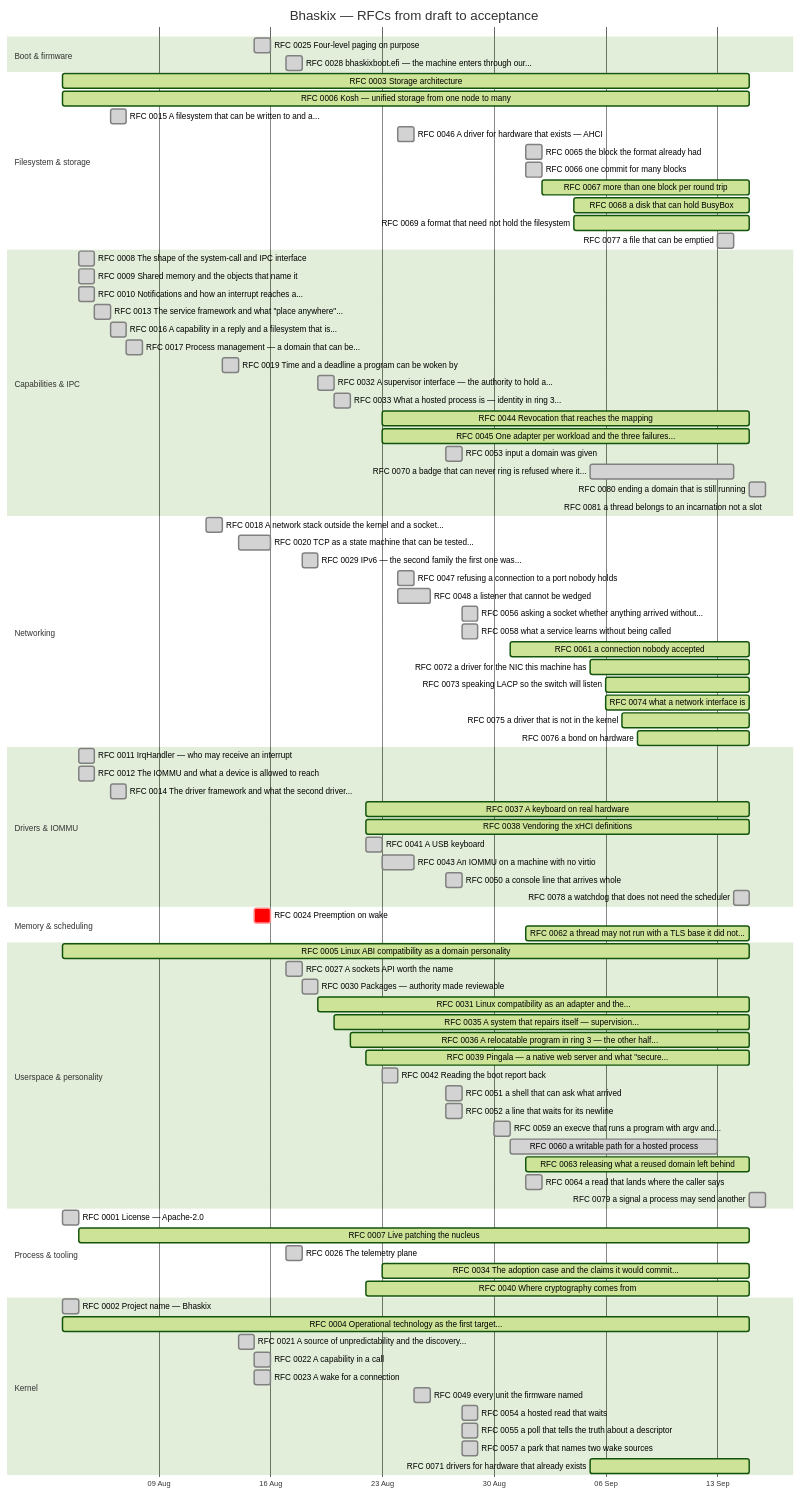
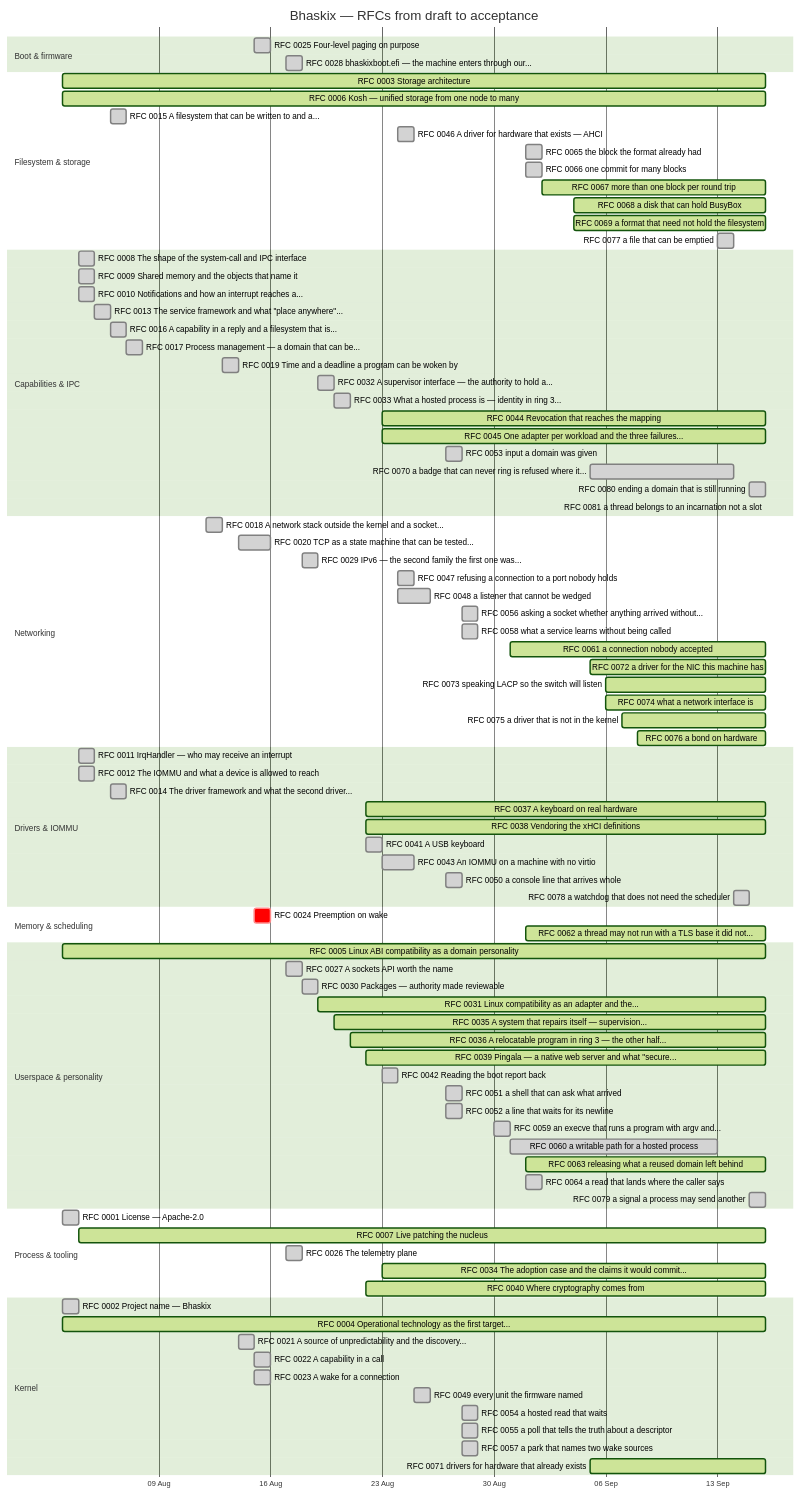
The diagram in docs/progress.md (bhaskix/bhaskix), drawn with Mermaid (forest theme) before and after one commit. The commit also changed other lines of this file and 1 other file, not shown here.

````diff
--- a/docs/progress.md
+++ b/docs/progress.md
@@ -31,15 +31,15 @@
     RFC 0025 Four-level paging on purpose :done, r0025, 2026-08-15, 2026-08-16
     RFC 0028 bhaskixboot.efi — the machine enters through our... :done, r0028, 2026-08-17, 2026-08-18
     section Filesystem & storage
-    RFC 0003 Storage architecture :active, r0003, 2026-08-03, 2026-09-15
-    RFC 0006 Kosh — unified storage from one node to many :active, r0006, 2026-08-03, 2026-09-15
+    RFC 0003 Storage architecture :active, r0003, 2026-08-03, 2026-09-16
+    RFC 0006 Kosh — unified storage from one node to many :active, r0006, 2026-08-03, 2026-09-16
     RFC 0015 A filesystem that can be written to and a... :done, r0015, 2026-08-06, 1d
     RFC 0046 A driver for hardware that exists — AHCI :done, r0046, 2026-08-24, 1d
     RFC 0065 the block the format already had :done, r0065, 2026-09-01, 1d
     RFC 0066 one commit for many blocks :done, r0066, 2026-09-01, 1d
-    RFC 0067 more than one block per round trip :active, r0067, 2026-09-02, 2026-09-15
-    RFC 0068 a disk that can hold BusyBox :active, r0068, 2026-09-04, 2026-09-15
-    RFC 0069 a format that need not hold the filesystem :active, r0069, 2026-09-04, 2026-09-15
+    RFC 0067 more than one block per round trip :active, r0067, 2026-09-02, 2026-09-16
+    RFC 0068 a disk that can hold BusyBox :active, r0068, 2026-09-04, 2026-09-16
+    RFC 0069 a format that need not hold the filesystem :active, r0069, 2026-09-04, 2026-09-16
     RFC 0077 a file that can be emptied :done, r0077, 2026-09-13, 1d
     section Capabilities & IPC
     RFC 0008 The shape of the system-call and IPC interface :done, r0008, 2026-08-04, 1d
@@ -51,8 +51,8 @@
     RFC 0019 Time and a deadline a program can be woken by :done, r0019, 2026-08-13, 2026-08-14
     RFC 0032 A supervisor interface — the authority to hold a... :done, r0032, 2026-08-19, 2026-08-20
     RFC 0033 What a hosted process is — identity in ring 3... :done, r0033, 2026-08-20, 1d
-    RFC 0044 Revocation that reaches the mapping :active, r0044, 2026-08-23, 2026-09-15
-    RFC 0045 One adapter per workload and the three failures... :active, r0045, 2026-08-23, 2026-09-15
+    RFC 0044 Revocation that reaches the mapping :active, r0044, 2026-08-23, 2026-09-16
+    RFC 0045 One adapter per workload and the three failures... :active, r0045, 2026-08-23, 2026-09-16
     RFC 0053 input a domain was given :done, r0053, 2026-08-27, 1d
     RFC 0070 a badge that can never ring is refused where it... :done, r0070, 2026-09-05, 2026-09-14
     RFC 0080 ending a domain that is still running :done, r0080, 2026-09-15, 1d
@@ -65,50 +65,50 @@
     RFC 0048 a listener that cannot be wedged :done, r0048, 2026-08-24, 2026-08-26
     RFC 0056 asking a socket whether anything arrived without... :done, r0056, 2026-08-28, 1d
     RFC 0058 what a service learns without being called :done, r0058, 2026-08-28, 1d
-    RFC 0061 a connection nobody accepted :active, r0061, 2026-08-31, 2026-09-15
-    RFC 0072 a driver for the NIC this machine has :active, r0072, 2026-09-05, 2026-09-15
-    RFC 0073 speaking LACP so the switch will listen :active, r0073, 2026-09-06, 2026-09-15
-    RFC 0074 what a network interface is :active, r0074, 2026-09-06, 2026-09-15
-    RFC 0075 a driver that is not in the kernel :active, r0075, 2026-09-07, 2026-09-15
-    RFC 0076 a bond on hardware :active, r0076, 2026-09-08, 2026-09-15
+    RFC 0061 a connection nobody accepted :active, r0061, 2026-08-31, 2026-09-16
+    RFC 0072 a driver for the NIC this machine has :active, r0072, 2026-09-05, 2026-09-16
+    RFC 0073 speaking LACP so the switch will listen :active, r0073, 2026-09-06, 2026-09-16
+    RFC 0074 what a network interface is :active, r0074, 2026-09-06, 2026-09-16
+    RFC 0075 a driver that is not in the kernel :active, r0075, 2026-09-07, 2026-09-16
+    RFC 0076 a bond on hardware :active, r0076, 2026-09-08, 2026-09-16
     section Drivers & IOMMU
     RFC 0011 IrqHandler — who may receive an interrupt :done, r0011, 2026-08-04, 1d
     RFC 0012 The IOMMU and what a device is allowed to reach :done, r0012, 2026-08-04, 1d
     RFC 0014 The driver framework and what the second driver... :done, r0014, 2026-08-06, 1d
-    RFC 0037 A keyboard on real hardware :active, r0037, 2026-08-22, 2026-09-15
-    RFC 0038 Vendoring the xHCI definitions :active, r0038, 2026-08-22, 2026-09-15
+    RFC 0037 A keyboard on real hardware :active, r0037, 2026-08-22, 2026-09-16
+    RFC 0038 Vendoring the xHCI definitions :active, r0038, 2026-08-22, 2026-09-16
     RFC 0041 A USB keyboard :done, r0041, 2026-08-22, 2026-08-23
     RFC 0043 An IOMMU on a machine with no virtio :done, r0043, 2026-08-23, 2026-08-25
     RFC 0050 a console line that arrives whole :done, r0050, 2026-08-27, 1d
     RFC 0078 a watchdog that does not need the scheduler :done, r0078, 2026-09-14, 2026-09-15
     section Memory & scheduling
     RFC 0024 Preemption on wake :crit, r0024, 2026-08-15, 1d
-    RFC 0062 a thread may not run with a TLS base it did not... :active, r0062, 2026-09-01, 2026-09-15
+    RFC 0062 a thread may not run with a TLS base it did not... :active, r0062, 2026-09-01, 2026-09-16
     section Userspace & personality
-    RFC 0005 Linux ABI compatibility as a domain personality :active, r0005, 2026-08-03, 2026-09-15
+    RFC 0005 Linux ABI compatibility as a domain personality :active, r0005, 2026-08-03, 2026-09-16
     RFC 0027 A sockets API worth the name :done, r0027, 2026-08-17, 1d
     RFC 0030 Packages — authority made reviewable :done, r0030, 2026-08-18, 2026-08-19
-    RFC 0031 Linux compatibility as an adapter and the... :active, r0031, 2026-08-19, 2026-09-15
-    RFC 0035 A system that repairs itself — supervision... :active, r0035, 2026-08-20, 2026-09-15
-    RFC 0036 A relocatable program in ring 3 — the other half... :active, r0036, 2026-08-21, 2026-09-15
-    RFC 0039 Pingala — a native web server and what "secure... :active, r0039, 2026-08-22, 2026-09-15
+    RFC 0031 Linux compatibility as an adapter and the... :active, r0031, 2026-08-19, 2026-09-16
+    RFC 0035 A system that repairs itself — supervision... :active, r0035, 2026-08-20, 2026-09-16
+    RFC 0036 A relocatable program in ring 3 — the other half... :active, r0036, 2026-08-21, 2026-09-16
+    RFC 0039 Pingala — a native web server and what "secure... :active, r0039, 2026-08-22, 2026-09-16
     RFC 0042 Reading the boot report back :done, r0042, 2026-08-23, 1d
     RFC 0051 a shell that can ask what arrived :done, r0051, 2026-08-27, 1d
     RFC 0052 a line that waits for its newline :done, r0052, 2026-08-27, 1d
     RFC 0059 an execve that runs a program with argv and... :done, r0059, 2026-08-30, 1d
     RFC 0060 a writable path for a hosted process :done, r0060, 2026-08-31, 2026-09-13
-    RFC 0063 releasing what a reused domain left behind :active, r0063, 2026-09-01, 2026-09-15
+    RFC 0063 releasing what a reused domain left behind :active, r0063, 2026-09-01, 2026-09-16
     RFC 0064 a read that lands where the caller says :done, r0064, 2026-09-01, 1d
     RFC 0079 a signal a process may send another :done, r0079, 2026-09-15, 1d
     section Process & tooling
     RFC 0001 License — Apache-2.0 :done, r0001, 2026-08-03, 1d
-    RFC 0007 Live patching the nucleus :active, r0007, 2026-08-04, 2026-09-15
+    RFC 0007 Live patching the nucleus :active, r0007, 2026-08-04, 2026-09-16
     RFC 0026 The telemetry plane :done, r0026, 2026-08-17, 1d
-    RFC 0034 The adoption case and the claims it would commit... :active, r0034, 2026-08-23, 2026-09-15
-    RFC 0040 Where cryptography comes from :active, r0040, 2026-08-22, 2026-09-15
+    RFC 0034 The adoption case and the claims it would commit... :active, r0034, 2026-08-23, 2026-09-16
+    RFC 0040 Where cryptography comes from :active, r0040, 2026-08-22, 2026-09-16
     section Kernel
     RFC 0002 Project name — Bhaskix :done, r0002, 2026-08-03, 1d
-    RFC 0004 Operational technology as the first target... :active, r0004, 2026-08-03, 2026-09-15
+    RFC 0004 Operational technology as the first target... :active, r0004, 2026-08-03, 2026-09-16
     RFC 0021 A source of unpredictability and the discovery... :done, r0021, 2026-08-14, 1d
     RFC 0022 A capability in a call :done, r0022, 2026-08-15, 2026-08-16
     RFC 0023 A wake for a connection :done, r0023, 2026-08-15, 2026-08-16
@@ -116,5 +116,5 @@
     RFC 0054 a hosted read that waits :done, r0054, 2026-08-28, 1d
     RFC 0055 a poll that tells the truth about a descriptor :done, r0055, 2026-08-28, 1d
     RFC 0057 a park that names two wake sources :done, r0057, 2026-08-28, 1d
-    RFC 0071 drivers for hardware that already exists :active, r0071, 2026-09-05, 2026-09-15
+    RFC 0071 drivers for hardware that already exists :active, r0071, 2026-09-05, 2026-09-16
 ```
````
